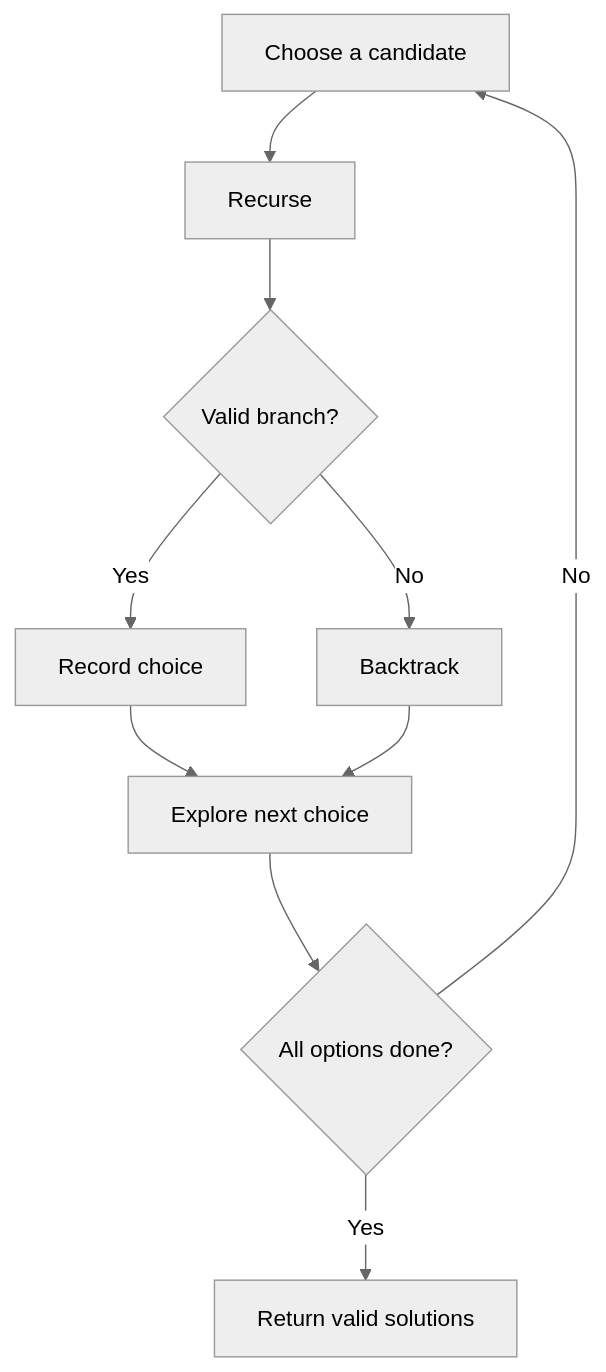
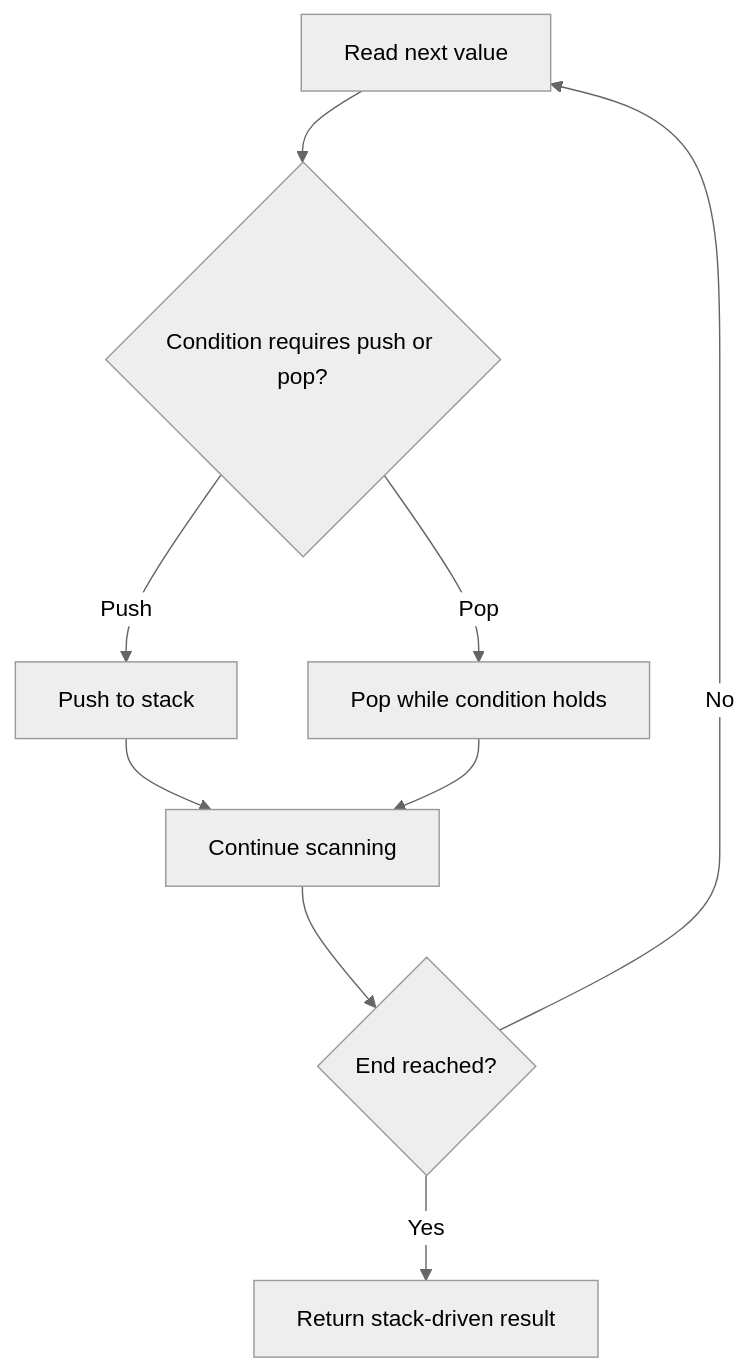
One commit to keshav-poojary/Leetcode changed the diagram in NeetCode-Submissions/09-backtracking/02-combination-sum/readme.md. Above: the diagram before and after it, drawn with Mermaid (neutral theme). The commit also changed 105 other files, not shown here.

Commit message:
Add NeetCode README docs with mermaid diagrams

````diff
--- a/NeetCode-Submissions/09-backtracking/02-combination-sum/readme.md
+++ b/NeetCode-Submissions/09-backtracking/02-combination-sum/readme.md
@@ -32,12 +32,11 @@
 ```mermaid
 flowchart TD
-    A[Choose a candidate] --> B[Recurse]
-    B --> C{Valid branch?}
-    C -- Yes --> D[Record choice]
-    C -- No --> E[Backtrack]
-    D --> F[Explore next choice]
-    E --> F
-    F --> G{All options done?}
-    G -- No --> A
-    G -- Yes --> H[Return valid solutions]
+    A[Read next value] --> B{Condition requires push or pop?}
+    B -- Push --> C[Push to stack]
+    B -- Pop --> D[Pop while condition holds]
+    C --> E[Continue scanning]
+    D --> E
+    E --> F{End reached?}
+    F -- No --> A
+    F -- Yes --> G[Return stack-driven result]
 ```
````
